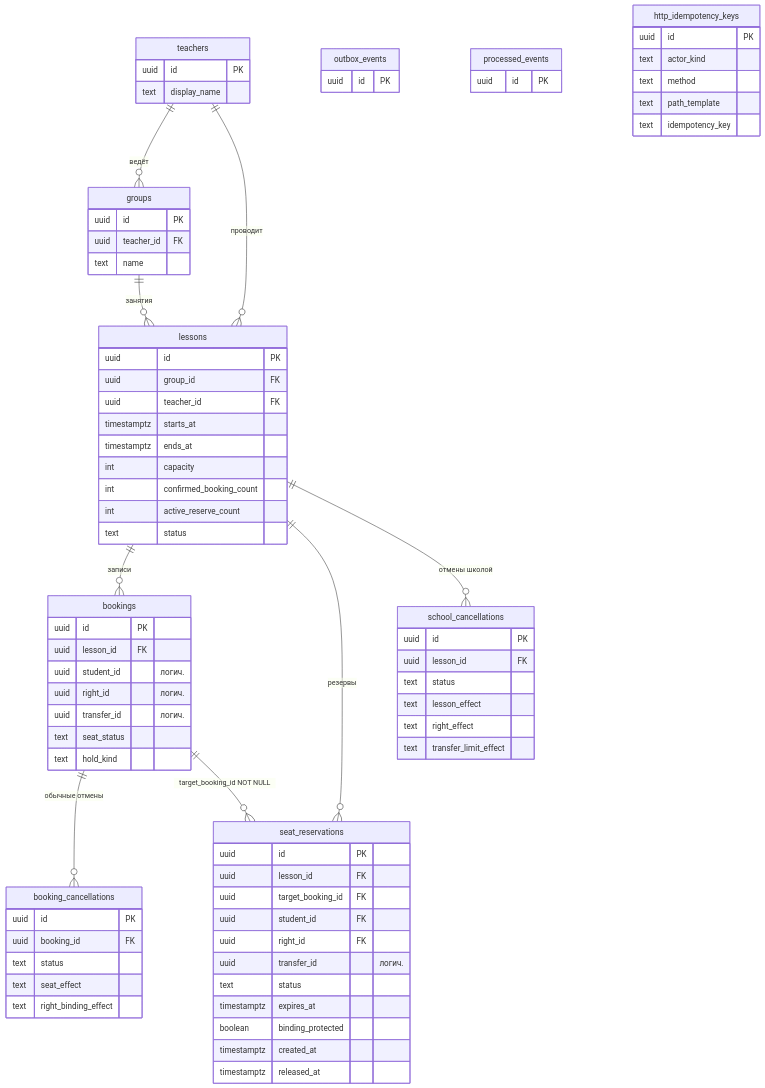
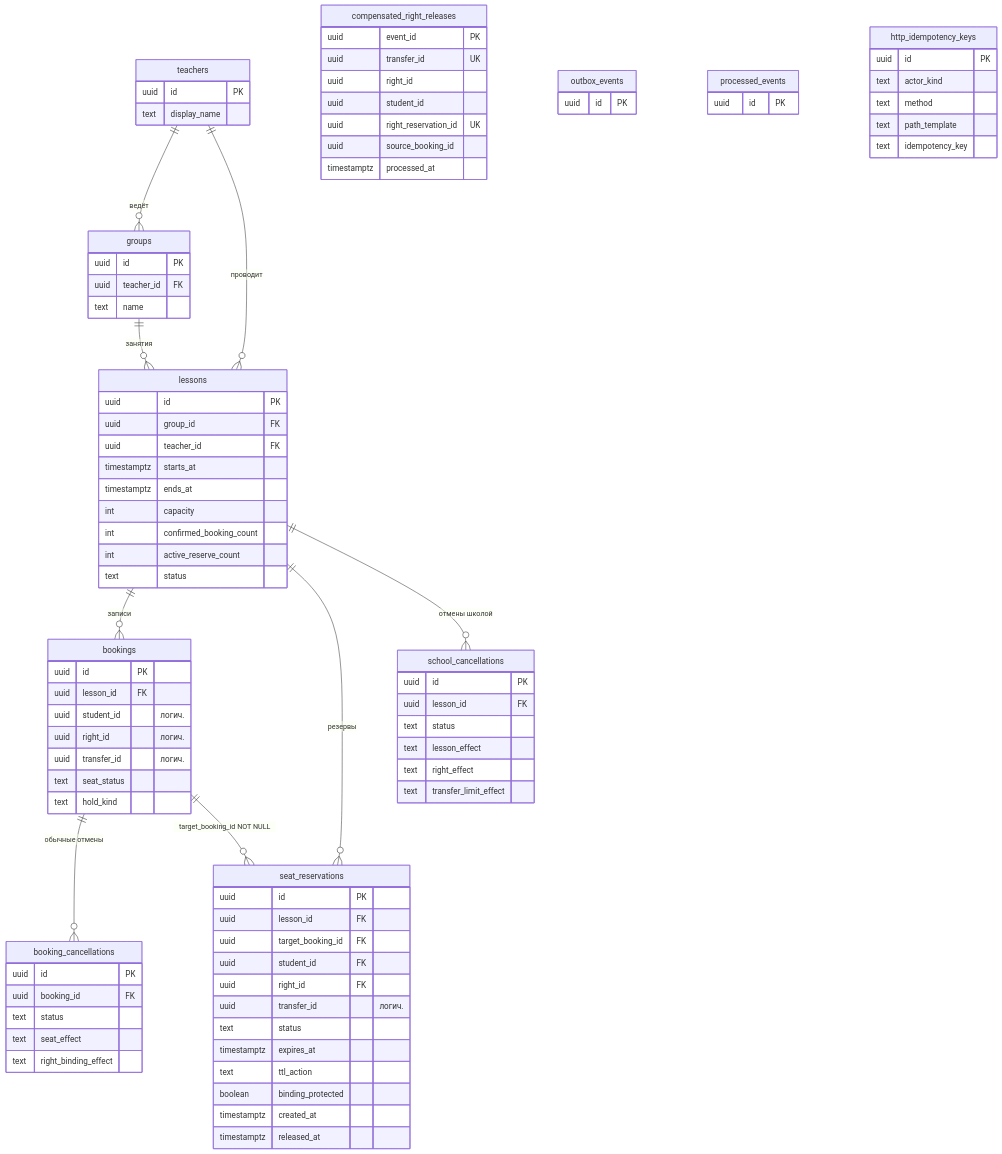
The diagram in docs/architecture/diagrams/er-schedule.mmd (lostsky25/LessonPlus), drawn with Mermaid before and after one commit. The commit also changed 19 other files, not shown here.

```diff
--- a/docs/architecture/diagrams/er-schedule.mmd
+++ b/docs/architecture/diagrams/er-schedule.mmd
@@ -1,82 +1,92 @@
 %% ER. Проект схемы schedule. Набор полей сокращён; имена совпадают с ddl/schedule.sql.
 %% student_id и right_id — логические, кроме составного FK seat_reservations → bookings.
 %% bookings ||--o{ seat_reservations: target_booking_id NOT NULL; не больше одного active (частичный UNIQUE).
 erDiagram
   teachers ||--o{ groups : "ведёт"
   teachers ||--o{ lessons : "проводит"
   groups ||--o{ lessons : "занятия"
   lessons ||--o{ bookings : "записи"
   lessons ||--o{ seat_reservations : "резервы"
   lessons ||--o{ school_cancellations : "отмены школой"
   bookings ||--o{ booking_cancellations : "обычные отмены"
   bookings ||--o{ seat_reservations : "target_booking_id NOT NULL"
+  compensated_right_releases {
+    uuid event_id PK
+    uuid transfer_id UK
+    uuid right_id
+    uuid student_id
+    uuid right_reservation_id UK
+    uuid source_booking_id
+    timestamptz processed_at
+  }
   teachers {
     uuid id PK
     text display_name
   }
   groups {
     uuid id PK
     uuid teacher_id FK
     text name
   }
   lessons {
     uuid id PK
     uuid group_id FK
     uuid teacher_id FK
     timestamptz starts_at
     timestamptz ends_at
     int capacity
     int confirmed_booking_count
     int active_reserve_count
     text status
   }
   bookings {
     uuid id PK
     uuid lesson_id FK
     uuid student_id "логич."
     uuid right_id "логич."
     uuid transfer_id "логич."
     text seat_status
     text hold_kind
   }
   seat_reservations {
     uuid id PK
     uuid lesson_id FK
     uuid target_booking_id FK
     uuid student_id FK
     uuid right_id FK
     uuid transfer_id "логич."
     text status
     timestamptz expires_at
+    text ttl_action
     boolean binding_protected
     timestamptz created_at
     timestamptz released_at
   }
   school_cancellations {
     uuid id PK
     uuid lesson_id FK
     text status
     text lesson_effect
     text right_effect
     text transfer_limit_effect
   }
   booking_cancellations {
     uuid id PK
     uuid booking_id FK
     text status
     text seat_effect
     text right_binding_effect
   }
   outbox_events {
     uuid id PK
   }
   processed_events {
     uuid id PK
   }
   http_idempotency_keys {
     uuid id PK
     text actor_kind
     text method
     text path_template
     text idempotency_key
   }
```
